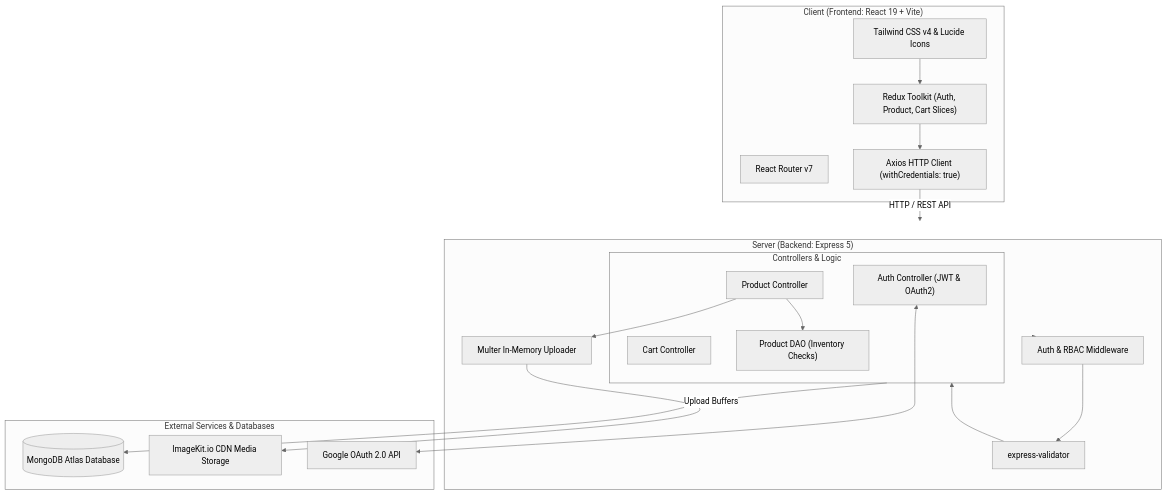
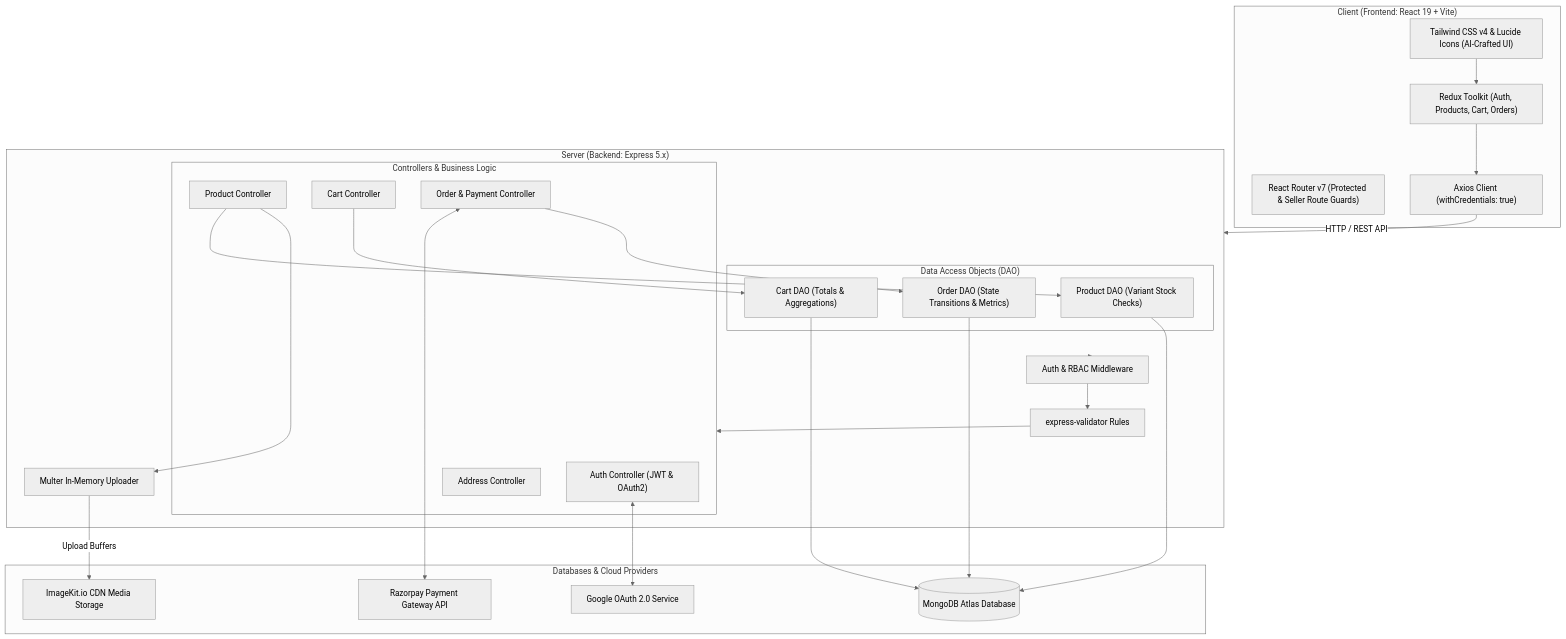
Before and after one commit to Rohit273848/Snitch: the first of 2 diagrams in README.md, drawn with Mermaid (neutral theme). The commit also changed other lines of this file and 2 other files, not shown here.

Commit message:
feat: add order creation DAO and seller orders management page

````diff
--- a/README.md
+++ b/README.md
@@ -60,42 +79,56 @@
 ```mermaid
 graph TD
     subgraph Client ["Client (Frontend: React 19 + Vite)"]
-        UI["Tailwind CSS v4 & Lucide Icons"]
-        Router["React Router v7"]
-        Store["Redux Toolkit (Auth, Product, Cart Slices)"]
-        AxiosClient["Axios HTTP Client (withCredentials: true)"]
+        UI["Tailwind CSS v4 & Lucide Icons (AI-Crafted UI)"]
+        Router["React Router v7 (Protected & Seller Route Guards)"]
+        Store["Redux Toolkit (Auth, Products, Cart, Orders)"]
+        AxiosClient["Axios Client (withCredentials: true)"]
     end
 
-    subgraph Server ["Server (Backend: Express 5)"]
+    subgraph Server ["Server (Backend: Express 5.x)"]
         AuthMiddleware["Auth & RBAC Middleware"]
         UploadMiddleware["Multer In-Memory Uploader"]
-        Validators["express-validator"]
+        Validators["express-validator Rules"]
         
-        subgraph Controllers ["Controllers & Logic"]
+        subgraph Controllers ["Controllers & Business Logic"]
             AuthController["Auth Controller (JWT & OAuth2)"]
             ProductController["Product Controller"]
             CartController["Cart Controller"]
-            ProductDAO["Product DAO (Inventory Checks)"]
+            AddressController["Address Controller"]
+            OrderController["Order & Payment Controller"]
+        end
+
+        subgraph DAOLayer ["Data Access Objects (DAO)"]
+            ProductDAO["Product DAO (Variant Stock Checks)"]
+            CartDAO["Cart DAO (Totals & Aggregations)"]
+            OrderDAO["Order DAO (State Transitions & Metrics)"]
         end
     end
 
-    subgraph StorageServices ["External Services & Databases"]
+    subgraph ExternalServices ["Databases & Cloud Providers"]
         MongoDB[("MongoDB Atlas Database")]
         ImageKit["ImageKit.io CDN Media Storage"]
-        GoogleAuth["Google OAuth 2.0 API"]
+        Razorpay["Razorpay Payment Gateway API"]
+        GoogleAuth["Google OAuth 2.0 Service"]
     end
 
     UI --> Store
     Store --> AxiosClient
     AxiosClient -->|"HTTP / REST API"| Server
     
     Server --> AuthMiddleware
     AuthMiddleware --> Validators
     Validators --> Controllers
     
     ProductController --> UploadMiddleware
     UploadMiddleware -->|"Upload Buffers"| ImageKit
     ProductController --> ProductDAO
-    Controllers --> MongoDB
+    CartController --> CartDAO
+    OrderController --> OrderDAO
+    
+    ProductDAO --> MongoDB
+    CartDAO --> MongoDB
+    OrderDAO --> MongoDB
     AuthController <--> GoogleAuth
+    OrderController <--> Razorpay
 ```
````
